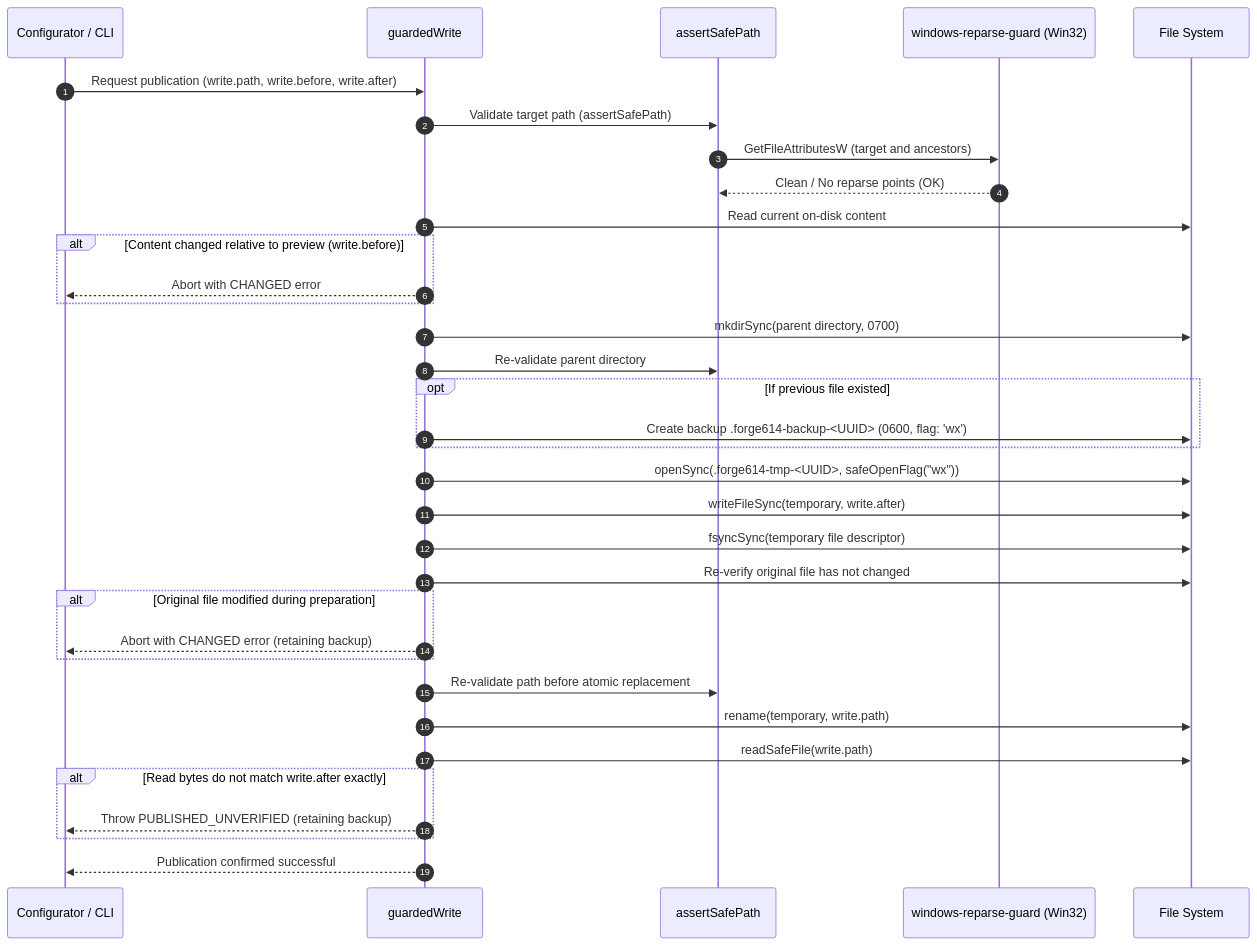
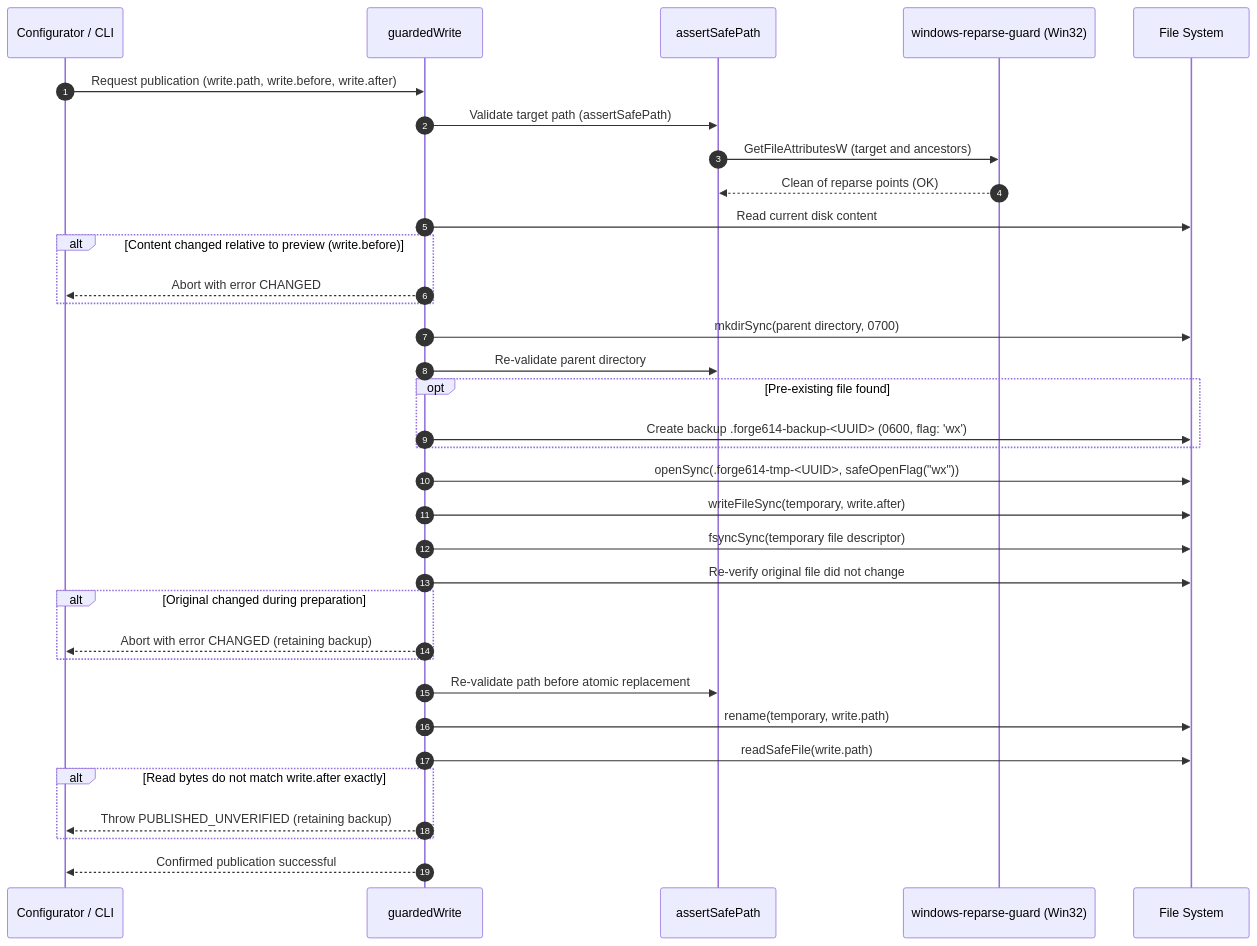
Before and after one commit to jotredev/forge614-engram: the diagram in docs/en/05-internal-architecture-and-formulas.md, drawn with Mermaid. The commit also changed other lines of this file and 13 other files, not shown here.

````diff
--- a/docs/en/05-internal-architecture-and-formulas.md
+++ b/docs/en/05-internal-architecture-and-formulas.md
@@ -519,37 +519,37 @@
 ```mermaid
 sequenceDiagram
     autonumber
     participant CLI as Configurator / CLI
     participant GW as guardedWrite
     participant Val as assertSafePath
     participant Guard as windows-reparse-guard (Win32)
     participant FS as File System
 
     CLI->>GW: Request publication (write.path, write.before, write.after)
     GW->>Val: Validate target path (assertSafePath)
     Val->>Guard: GetFileAttributesW (target and ancestors)
-    Guard-->>Val: Clean / No reparse points (OK)
-    GW->>FS: Read current on-disk content
+    Guard-->>Val: Clean of reparse points (OK)
+    GW->>FS: Read current disk content
     alt Content changed relative to preview (write.before)
-        GW-->>CLI: Abort with CHANGED error
+        GW-->>CLI: Abort with error CHANGED
     end
     GW->>FS: mkdirSync(parent directory, 0700)
     GW->>Val: Re-validate parent directory
-    opt If previous file existed
+    opt Pre-existing file found
         GW->>FS: Create backup .forge614-backup-<UUID> (0600, flag: 'wx')
     end
     GW->>FS: openSync(.forge614-tmp-<UUID>, safeOpenFlag("wx"))
     GW->>FS: writeFileSync(temporary, write.after)
     GW->>FS: fsyncSync(temporary file descriptor)
-    GW->>FS: Re-verify original file has not changed
-    alt Original file modified during preparation
-        GW-->>CLI: Abort with CHANGED error (retaining backup)
+    GW->>FS: Re-verify original file did not change
+    alt Original changed during preparation
+        GW-->>CLI: Abort with error CHANGED (retaining backup)
     end
     GW->>Val: Re-validate path before atomic replacement
     GW->>FS: rename(temporary, write.path)
     GW->>FS: readSafeFile(write.path)
     alt Read bytes do not match write.after exactly
         GW-->>CLI: Throw PUBLISHED_UNVERIFIED (retaining backup)
     end
-    GW-->>CLI: Publication confirmed successful
+    GW-->>CLI: Confirmed publication successful
 ```
````
